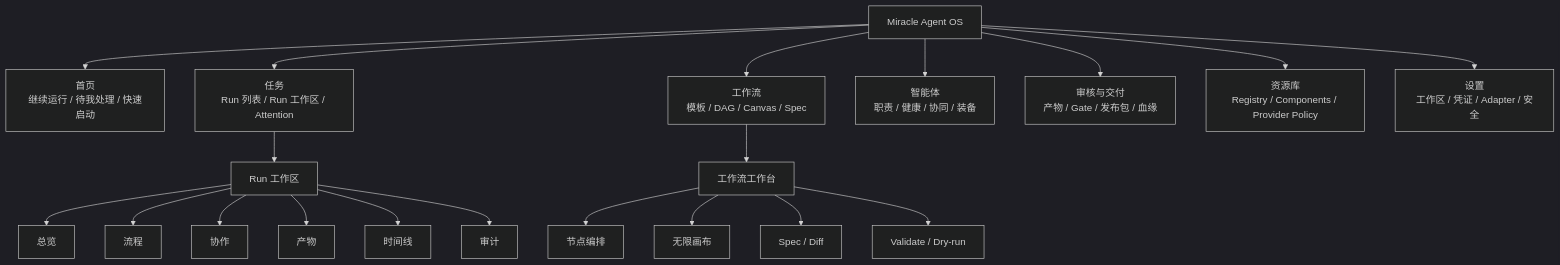
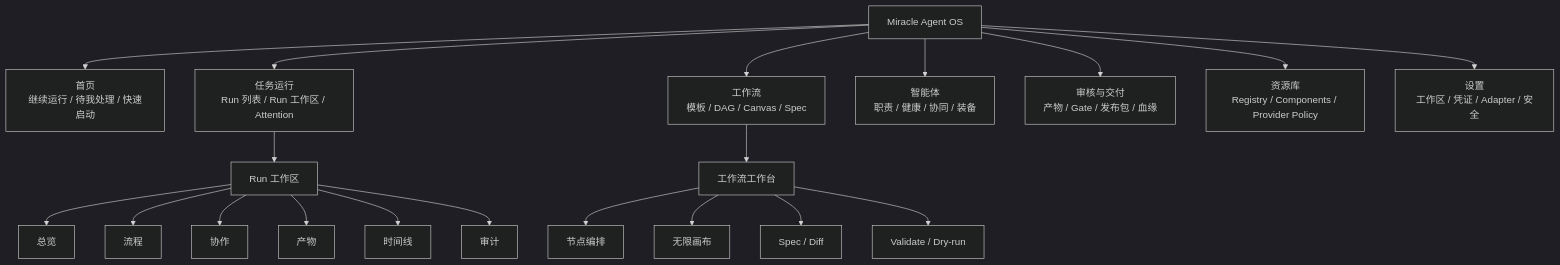
Before and after one commit to haozhangyue/miracle-agent: the first of 6 diagrams in 16_融合_产品信息架构与设计图规划.md, drawn with Mermaid (dark theme). The commit also changed other lines of this file and 9 other files, not shown here.

````diff
--- a/16_融合_产品信息架构与设计图规划.md
+++ b/16_融合_产品信息架构与设计图规划.md
@@ -161,25 +161,25 @@
 ```mermaid
 flowchart TB
   App["Miracle Agent OS"]
   App --> Home["首页<br/>继续运行 / 待我处理 / 快速启动"]
-  App --> Tasks["任务<br/>Run 列表 / Run 工作区 / Attention"]
+  App --> Tasks["任务运行<br/>Run 列表 / Run 工作区 / Attention"]
   App --> Workflows["工作流<br/>模板 / DAG / Canvas / Spec"]
   App --> Agents["智能体<br/>职责 / 健康 / 协同 / 装备"]
   App --> Delivery["审核与交付<br/>产物 / Gate / 发布包 / 血缘"]
   App --> Library["资源库<br/>Registry / Components / Provider Policy"]
   App --> Settings["设置<br/>工作区 / 凭证 / Adapter / 安全"]
 
   Tasks --> Run["Run 工作区"]
   Run --> Overview["总览"]
   Run --> Flow["流程"]
   Run --> Collaboration["协作"]
   Run --> Artifacts["产物"]
   Run --> Timeline["时间线"]
   Run --> Audit["审计"]
 
   Workflows --> Builder["工作流工作台"]
   Builder --> DAG["节点编排"]
   Builder --> Canvas["无限画布"]
   Builder --> Spec["Spec / Diff"]
   Builder --> Validate["Validate / Dry-run"]
 ```
````
